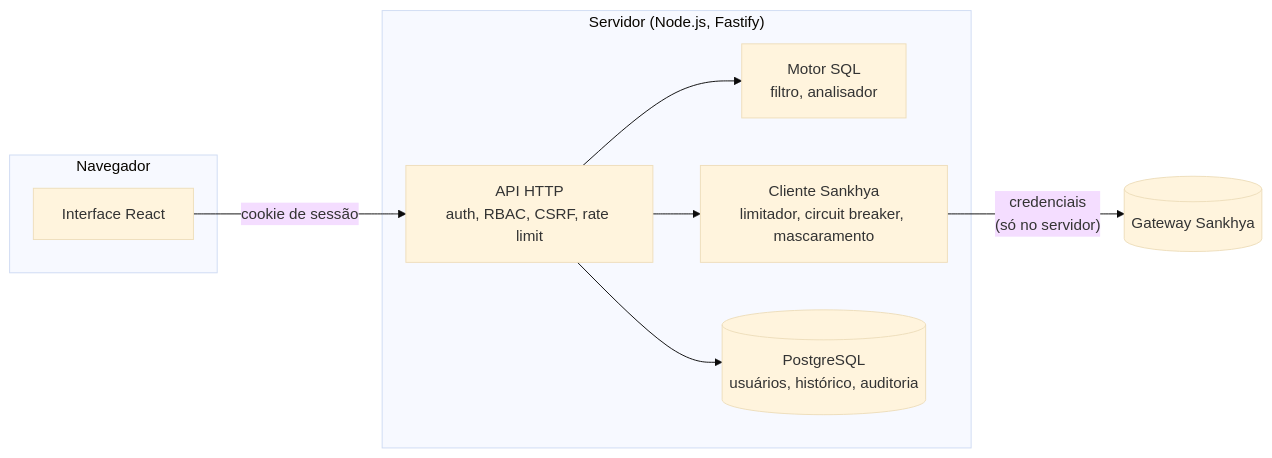
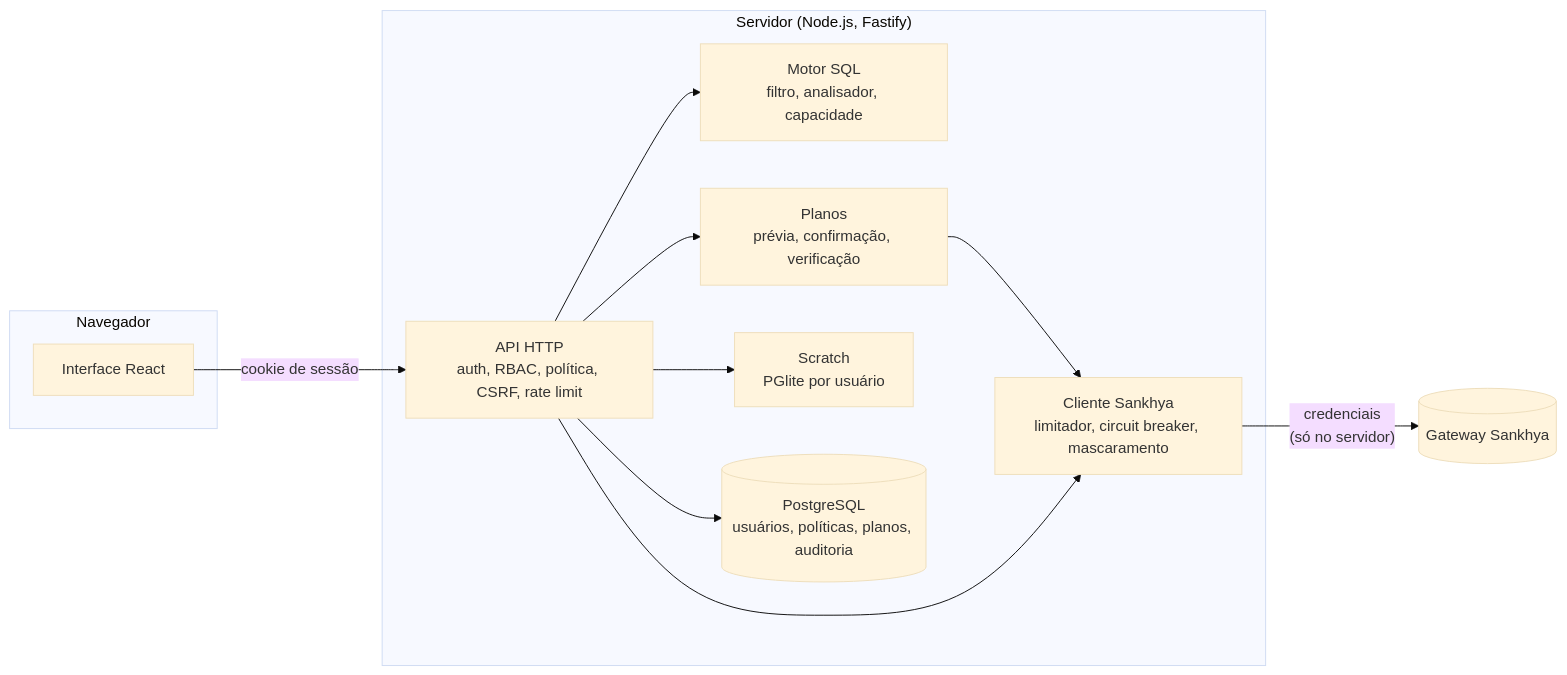
The diagram in README.pt-BR.md (Gustavo-Ale07/db-sankhya), drawn with Mermaid (base theme) before and after one commit. The commit also changed other lines of this file and 28 other files, not shown here.

````diff
--- a/README.pt-BR.md
+++ b/README.pt-BR.md
@@ -32,18 +50,22 @@
 ```mermaid
 flowchart LR
   subgraph Navegador
     UI[Interface React]
   end
   subgraph Servidor["Servidor (Node.js, Fastify)"]
-    API[API HTTP<br/>auth, RBAC, CSRF, rate limit]
-    ENG[Motor SQL<br/>filtro, analisador]
+    API[API HTTP<br/>auth, RBAC, política, CSRF, rate limit]
+    ENG[Motor SQL<br/>filtro, analisador, capacidade]
+    MUT[Planos<br/>prévia, confirmação, verificação]
+    SCR[Scratch<br/>PGlite por usuário]
     SC[Cliente Sankhya<br/>limitador, circuit breaker, mascaramento]
-    DB[(PostgreSQL<br/>usuários, histórico, auditoria)]
+    DB[(PostgreSQL<br/>usuários, políticas, planos, auditoria)]
   end
   GW[(Gateway Sankhya)]
 
   UI -- "cookie de sessão" --> API
   API --> ENG
+  API --> MUT --> SC
+  API --> SCR
   API --> SC -- "credenciais<br/>(só no servidor)" --> GW
   API --> DB
 ```
````
